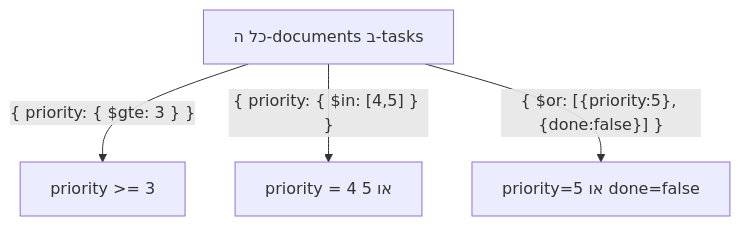
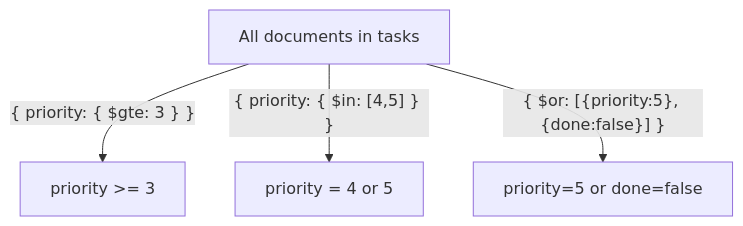
The diagram in content/docs/databases/50-mongodb-operators-content.md (neriyaMalachi/FullStack_kodkode_5), drawn with Mermaid before and after one commit. The commit also changed other lines of this file and 117 other files, not shown here.

````diff
--- a/content/docs/databases/50-mongodb-operators-content.md
+++ b/content/docs/databases/50-mongodb-operators-content.md
@@ -45,7 +45,7 @@
 ```mermaid
 flowchart TD
-    Docs["כל ה-documents ב-tasks"]
+    Docs["All documents in tasks"]
     Docs -->|"{ priority: { $gte: 3 } }"| A["priority >= 3"]
-    Docs -->|"{ priority: { $in: [4,5] } }"| B["priority = 4 או 5"]
-    Docs -->|"{ $or: [{priority:5}, {done:false}] }"| C["priority=5 או done=false"]
+    Docs -->|"{ priority: { $in: [4,5] } }"| B["priority = 4 or 5"]
+    Docs -->|"{ $or: [{priority:5}, {done:false}] }"| C["priority=5 or done=false"]
 ```
````
